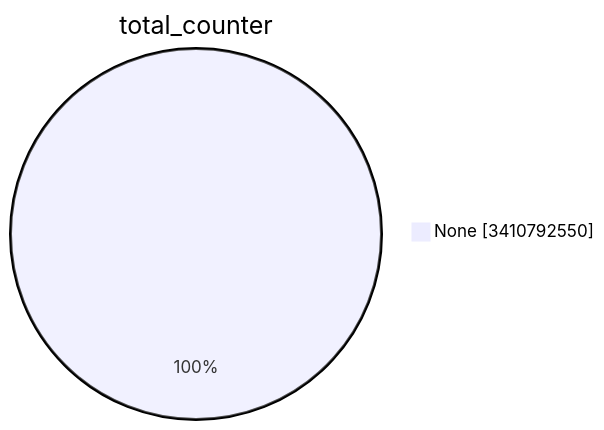
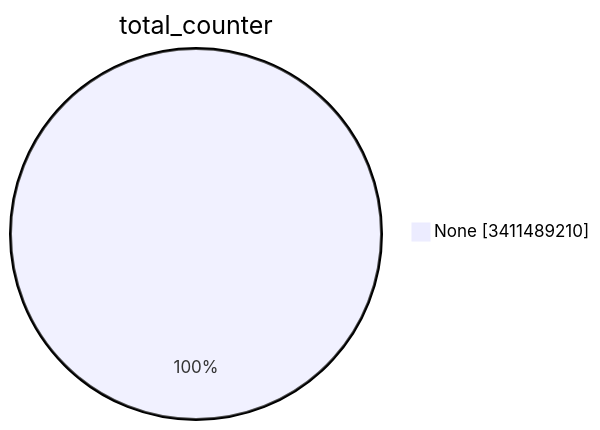
Before and after one commit to christiankrug/ctmonitor_visualization: the first of 15 diagrams in TOTAL/README.md, drawn with Mermaid. The commit also changed other lines of this file, not shown here.

````diff
--- a/TOTAL/README.md
+++ b/TOTAL/README.md
@@ -1,5 +1,5 @@
 ```mermaid
 pie showData
 title total_counter
-"None" :3410792550
+"None" :3411489210
 ```
````
